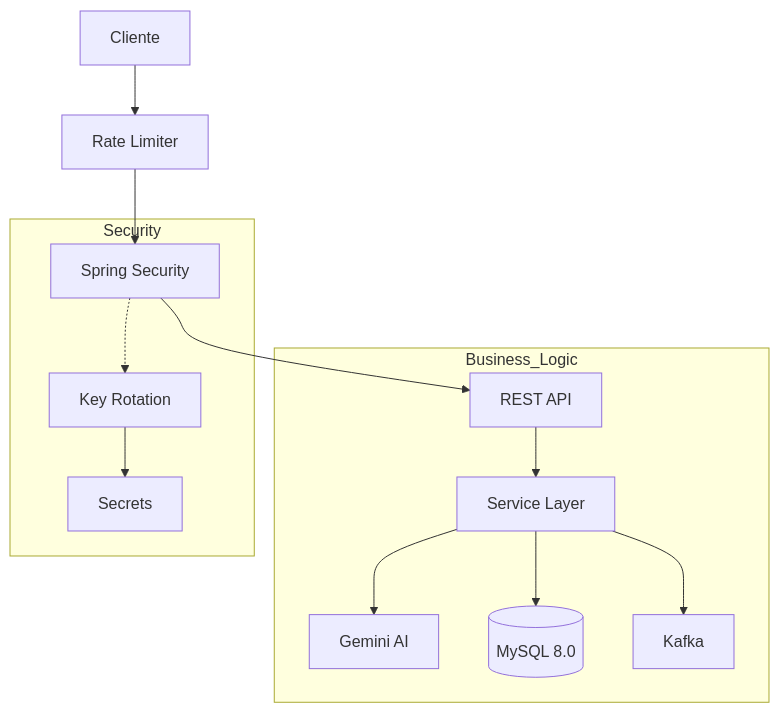
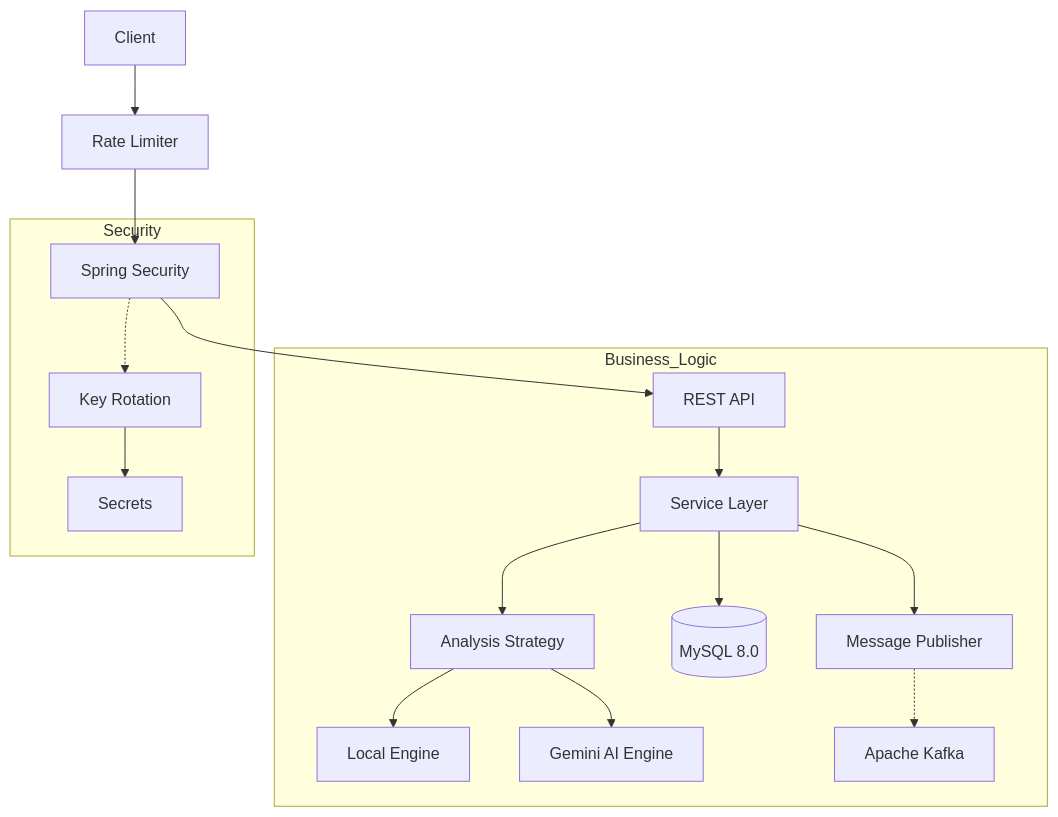
The diagram in README.md (euu2494/SentinelRisk), drawn with Mermaid before and after one commit. The commit also changed other lines of this file and 60 other files, not shown here.

First line of the commit message:
feat(architecture): major refactoring to Domain-Driven Design and Senior standards

````diff
--- a/README.md
+++ b/README.md
@@ -17,18 +32,22 @@
 ```mermaid
 graph TD
-    User[Cliente] --> Firewall[Rate Limiter]
+    User[Client] --> Firewall[Rate Limiter]
     Firewall --> Auth[Spring Security]
     Auth --> Controller[REST API]
 
     subgraph Business_Logic
         Controller --> Service[Service Layer]
-        Service --> AI[Gemini AI]
+        Service --> Strategy[Analysis Strategy]
+        Strategy --> Local[Local Engine]
+        Strategy --> AI[Gemini AI Engine]
         Service --> DB[(MySQL 8.0)]
-        Service --> Kafka[Kafka]
+        Service --> Publisher[Message Publisher]
+        Publisher -.-> Kafka[Apache Kafka]
     end
 
     subgraph Security
         Auth -.-> KeyService[Key Rotation]
         KeyService --> Keys[Secrets]
     end
+
 ```
````
